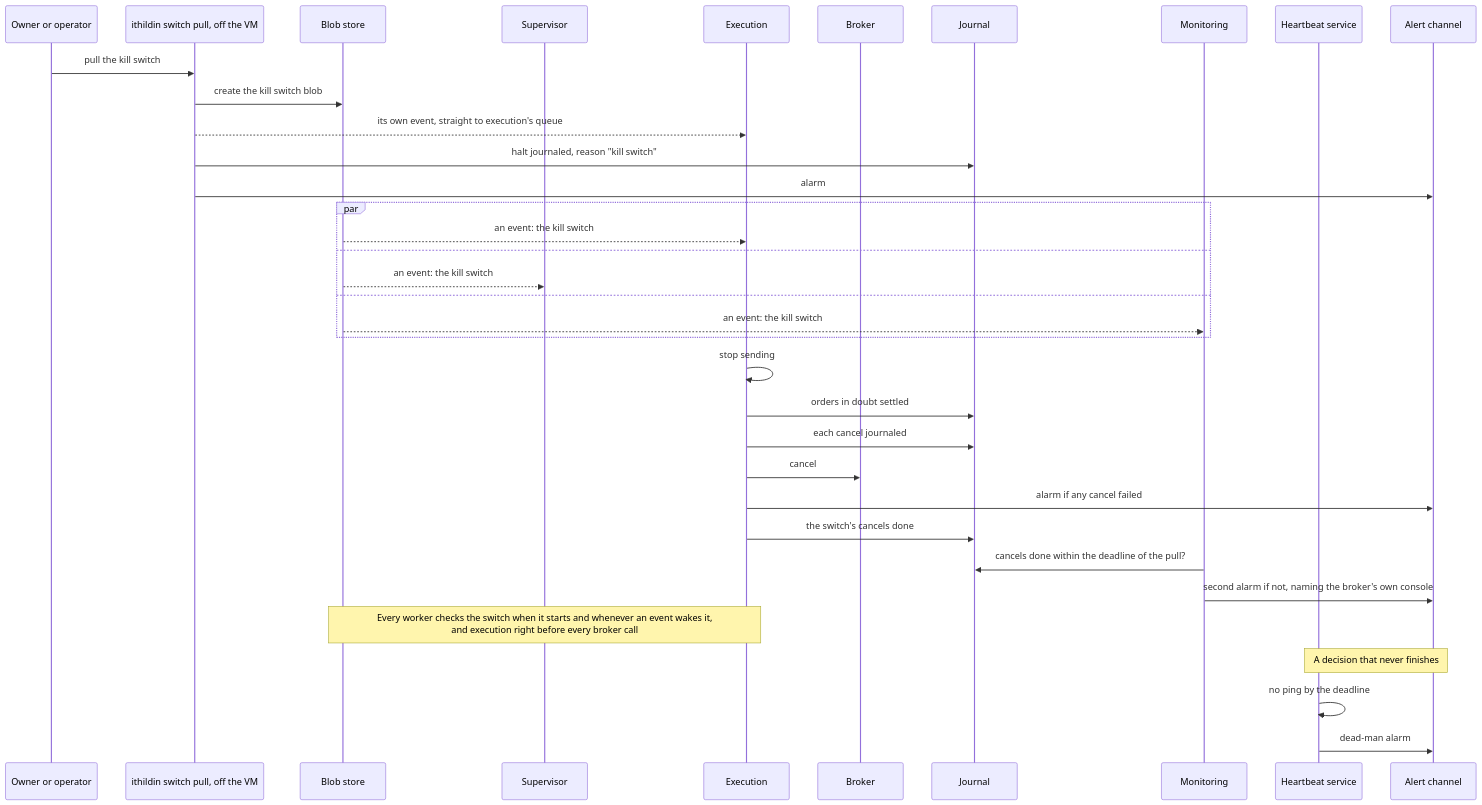
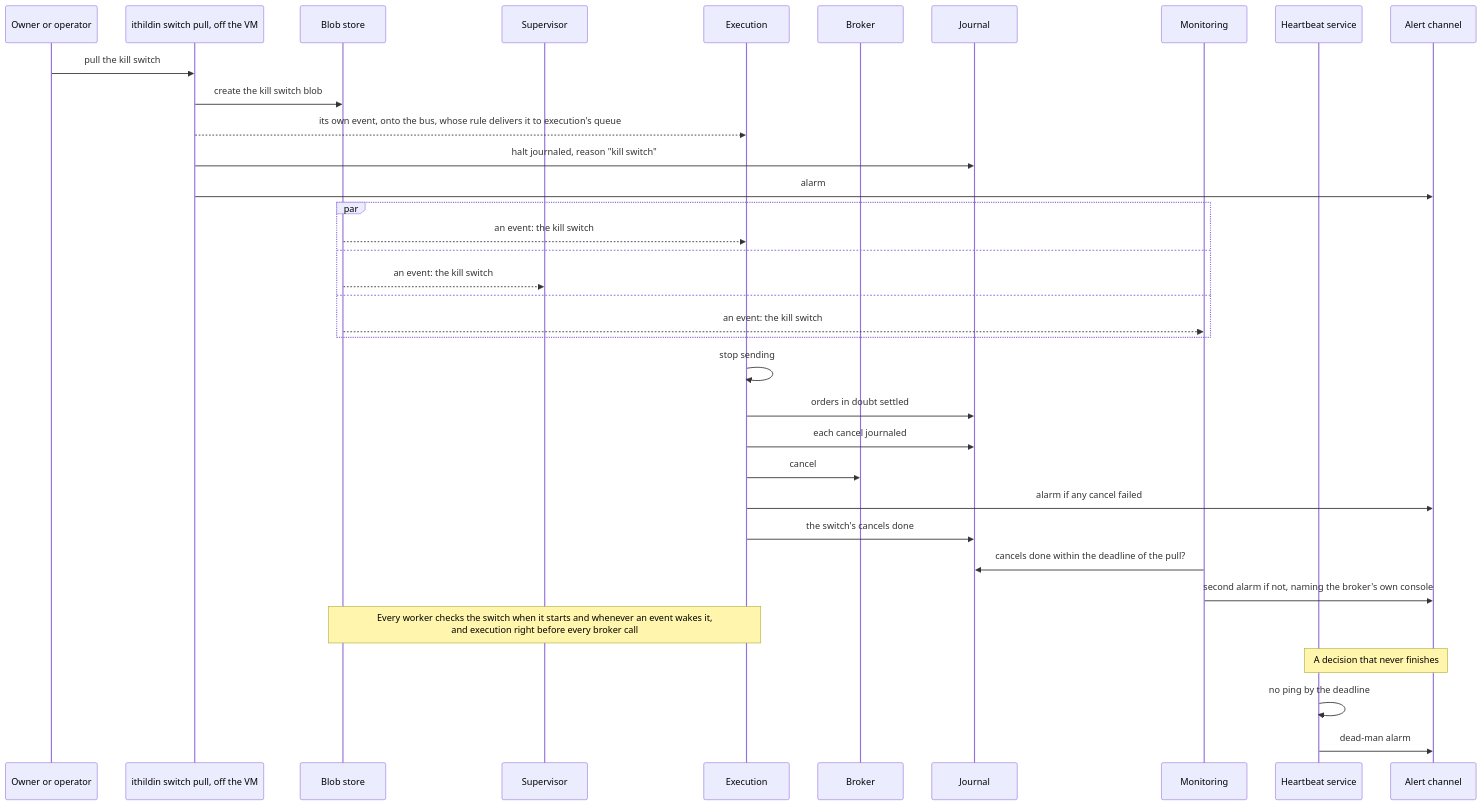
Before and after one commit to l3a0/ithildin-runtime: the ninth of 16 diagrams in docs/architecture.md, drawn with Mermaid. The commit also changed other lines of this file and 1 other file, not shown here.

First line of the commit message:
docs: finish the change-event design after its verification round

````diff
--- a/docs/architecture.md
+++ b/docs/architecture.md
@@ -842,40 +844,40 @@
 ```mermaid
 sequenceDiagram
     participant P as Owner or operator
     participant K as ithildin switch pull, off the VM
     participant F as Blob store
     participant V as Supervisor
     participant X as Execution
     participant B as Broker
     participant J as Journal
     participant M as Monitoring
     participant H as Heartbeat service
     participant A as Alert channel
 
     P->>K: pull the kill switch
         K->>F: create the kill switch blob
-    K-->>X: its own event, straight to execution's queue
+        K-->>X: its own event, onto the bus, whose rule delivers it to execution's queue
 
     K->>J: halt journaled, reason "kill switch"
     K->>A: alarm
     par
                 F-->>X: an event: the kill switch
     and
         F-->>V: an event: the kill switch
     and
         F-->>M: an event: the kill switch
     end
     X->>X: stop sending
     X->>J: orders in doubt settled
     X->>J: each cancel journaled
     X->>B: cancel
     X->>A: alarm if any cancel failed
     X->>J: the switch's cancels done
     M->>J: cancels done within the deadline of the pull?
     M->>A: second alarm if not, naming the broker's own console
     Note over F,X: Every worker checks the switch when it starts and whenever an event wakes it,<br/>and execution right before every broker call
 
     Note over H,A: A decision that never finishes
     H->>H: no ping by the deadline
     H->>A: dead-man alarm
 ```
````
